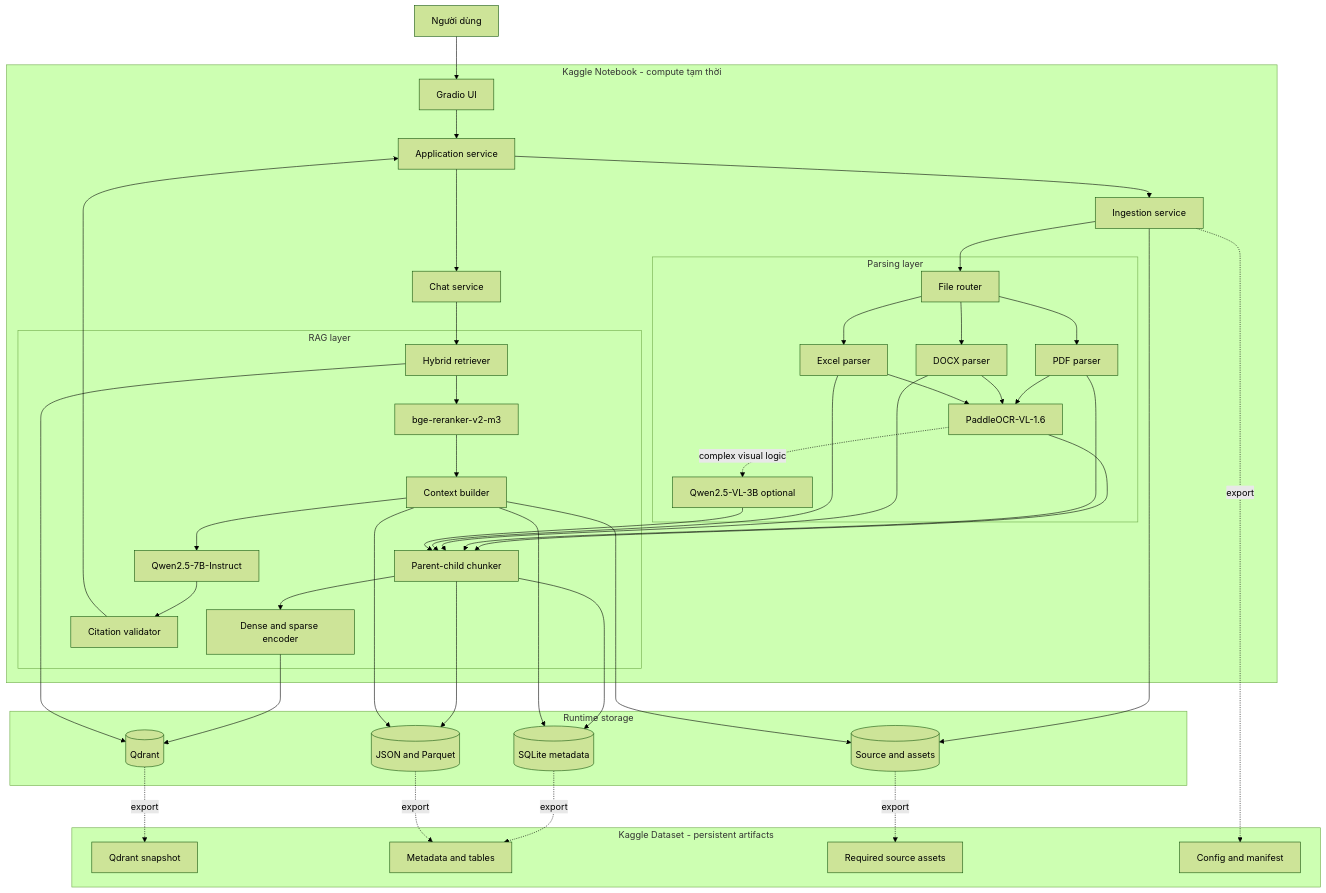
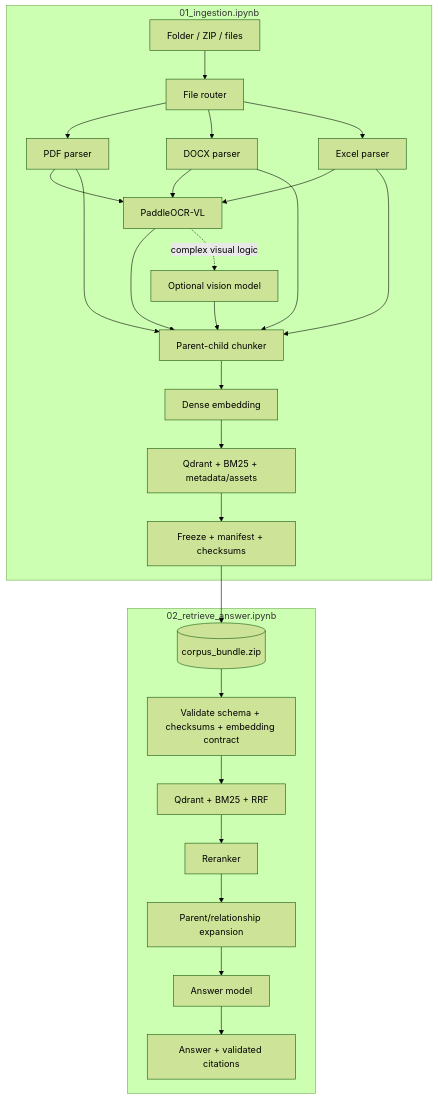
Before and after one commit to NhoDung/RAG-basic: the second of 7 diagrams in Architecture.md, drawn with Mermaid (forest theme). The commit also changed other lines of this file and 22 other files, not shown here.

Commit message:
Tách hệ thống làm 2 notebook có thể chạy độc lập -> Ingestion offline, Retrive&Answer online

````diff
--- a/Architecture.md
+++ b/Architecture.md
@@ -173,81 +179,32 @@
 ```mermaid
 flowchart TB
-    U[Người dùng] --> UI[Gradio UI]
-
-    subgraph K["Kaggle Notebook - compute tạm thời"]
-        UI --> API[Application service]
-
-        API --> ING[Ingestion service]
-        API --> CHAT[Chat service]
-
-        subgraph P["Parsing layer"]
-            ROUTER[File router]
-            PDF[PDF parser]
-            DOCX[DOCX parser]
-            XLSX[Excel parser]
-            OCR[PaddleOCR-VL-1.6]
-            VLM[Qwen2.5-VL-3B optional]
-        end
-
-        subgraph R["RAG layer"]
-            CHUNK[Parent-child chunker]
-            EMBED[Dense and sparse encoder]
-            SEARCH[Hybrid retriever]
-            RERANK[bge-reranker-v2-m3]
-            CTX[Context builder]
-            LLM[Qwen2.5-7B-Instruct]
-            CITE[Citation validator]
-        end
-
-        ING --> ROUTER
-        ROUTER --> PDF
-        ROUTER --> DOCX
-        ROUTER --> XLSX
-        PDF --> OCR
+    subgraph I["01_ingestion.ipynb"]
+        INPUT[Folder / ZIP / files] --> ROUTER[File router]
+        ROUTER --> PDF[PDF parser]
+        ROUTER --> DOCX[DOCX parser]
+        ROUTER --> XLSX[Excel parser]
+        PDF --> OCR[PaddleOCR-VL]
         DOCX --> OCR
         XLSX --> OCR
-        OCR --> CHUNK
-        OCR -. complex visual logic .-> VLM
+        OCR --> CHUNK[Parent-child chunker]
+        OCR -. complex visual logic .-> VLM[Optional vision model]
         PDF --> CHUNK
         DOCX --> CHUNK
         XLSX --> CHUNK
         VLM --> CHUNK
-        CHUNK --> EMBED
-
-        CHAT --> SEARCH
-        SEARCH --> RERANK
-        RERANK --> CTX
-        CTX --> LLM
-        LLM --> CITE
-        CITE --> API
+        CHUNK --> EMBED[Dense embedding]
+        EMBED --> STORE[Qdrant + BM25 + metadata/assets]
+        STORE --> FREEZE[Freeze + manifest + checksums]
     end
 
-    subgraph S["Runtime storage"]
-        QD[(Qdrant)]
-        SQL[(SQLite metadata)]
-        PQ[(JSON and Parquet)]
-        ASSET[(Source and assets)]
+    FREEZE --> BUNDLE[(corpus_bundle.zip)]
+
+    subgraph R["02_retrieve_answer.ipynb"]
+        BUNDLE --> VALIDATE[Validate schema + checksums + embedding contract]
+        VALIDATE --> SEARCH[Qdrant + BM25 + RRF]
+        SEARCH --> RERANK[Reranker]
+        RERANK --> CTX[Parent/relationship expansion]
+        CTX --> LLM[Answer model]
+        LLM --> CITE[Answer + validated citations]
     end
-
-    EMBED --> QD
-    CHUNK --> SQL
-    CHUNK --> PQ
-    ING --> ASSET
-    SEARCH --> QD
-    CTX --> SQL
-    CTX --> PQ
-    CTX --> ASSET
-
-    subgraph D["Kaggle Dataset - persistent artifacts"]
-        SNAP[Qdrant snapshot]
-        META[Metadata and tables]
-        MEDIA[Required source assets]
-        MANIFEST[Config and manifest]
-    end
-
-    QD -. export .-> SNAP
-    SQL -. export .-> META
-    PQ -. export .-> META
-    ASSET -. export .-> MEDIA
-    ING -. export .-> MANIFEST
 ```
````
